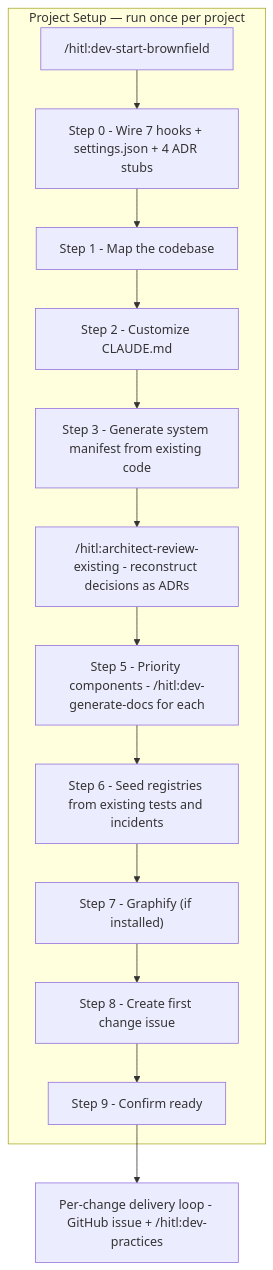
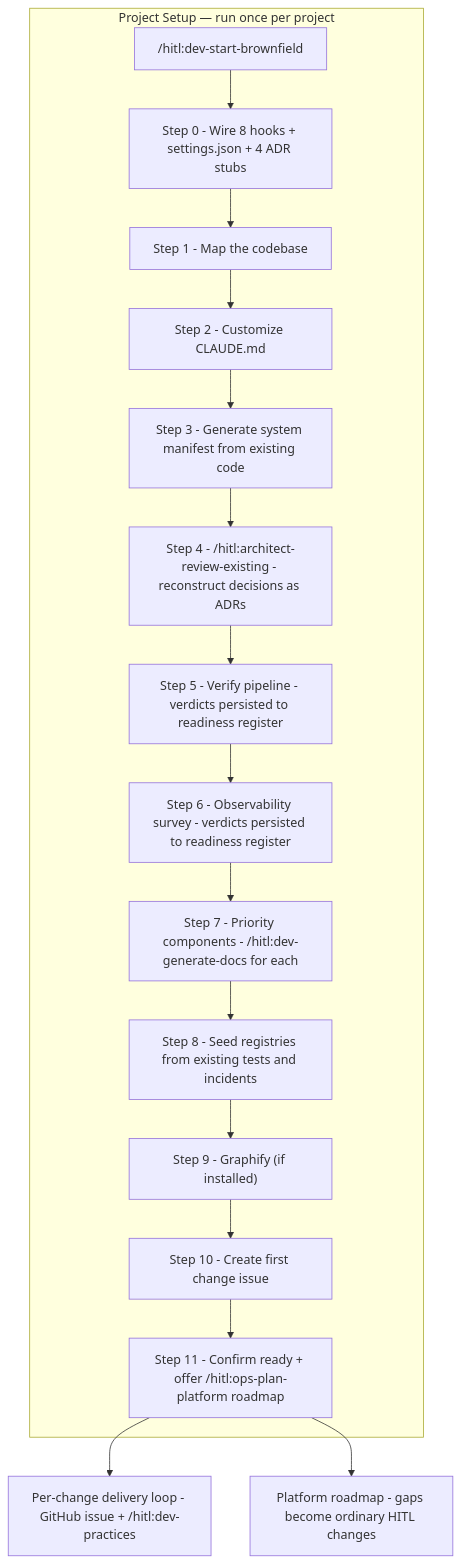
Before and after one commit to pappar/hitl-claude-plugin: the first of 4 diagrams in shared/workflow-brownfield.md, drawn with Mermaid. The commit also changed other lines of this file and 24 other files, not shown here.

````diff
--- a/shared/workflow-brownfield.md
+++ b/shared/workflow-brownfield.md
@@ -13,21 +13,25 @@
 ```mermaid
 graph TB
   subgraph SETUP["Project Setup — run once per project"]
     entry["/hitl:dev-start-brownfield"]
-    s0["Step 0 - Wire 7 hooks + settings.json + 4 ADR stubs"]
+    s0["Step 0 - Wire 8 hooks + settings.json + 4 ADR stubs"]
     s1["Step 1 - Map the codebase"]
     s2["Step 2 - Customize CLAUDE.md"]
     s3["Step 3 - Generate system manifest from existing code"]
-    s4["/hitl:architect-review-existing - reconstruct decisions as ADRs"]
-    s5["Step 5 - Priority components - /hitl:dev-generate-docs for each"]
-    s6["Step 6 - Seed registries from existing tests and incidents"]
-    s7["Step 7 - Graphify (if installed)"]
-    s8["Step 8 - Create first change issue"]
-    s9["Step 9 - Confirm ready"]
-    entry --> s0 --> s1 --> s2 --> s3 --> s4 --> s5 --> s6 --> s7 --> s8 --> s9
+    s4["Step 4 - /hitl:architect-review-existing - reconstruct decisions as ADRs"]
+    s5["Step 5 - Verify pipeline - verdicts persisted to readiness register"]
+    s6["Step 6 - Observability survey - verdicts persisted to readiness register"]
+    s7["Step 7 - Priority components - /hitl:dev-generate-docs for each"]
+    s8["Step 8 - Seed registries from existing tests and incidents"]
+    s9["Step 9 - Graphify (if installed)"]
+    s10["Step 10 - Create first change issue"]
+    s11["Step 11 - Confirm ready + offer /hitl:ops-plan-platform roadmap"]
+    entry --> s0 --> s1 --> s2 --> s3 --> s4 --> s5 --> s6 --> s7 --> s8 --> s9 --> s10 --> s11
   end
 
   loop["Per-change delivery loop - GitHub issue + /hitl:dev-practices"]
+  roadmap["Platform roadmap - gaps become ordinary HITL changes"]
 
-  s9 --> loop
+  s11 --> loop
+  s11 --> roadmap
 ```
````
